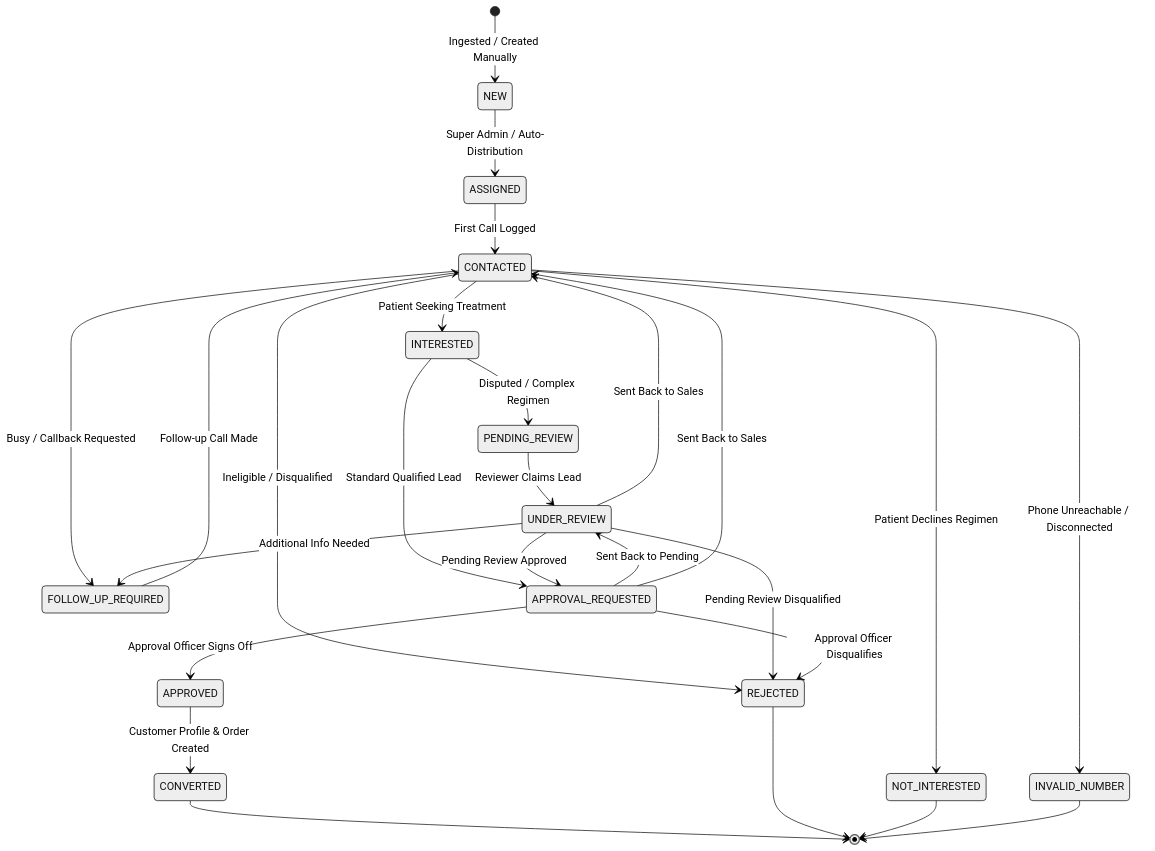
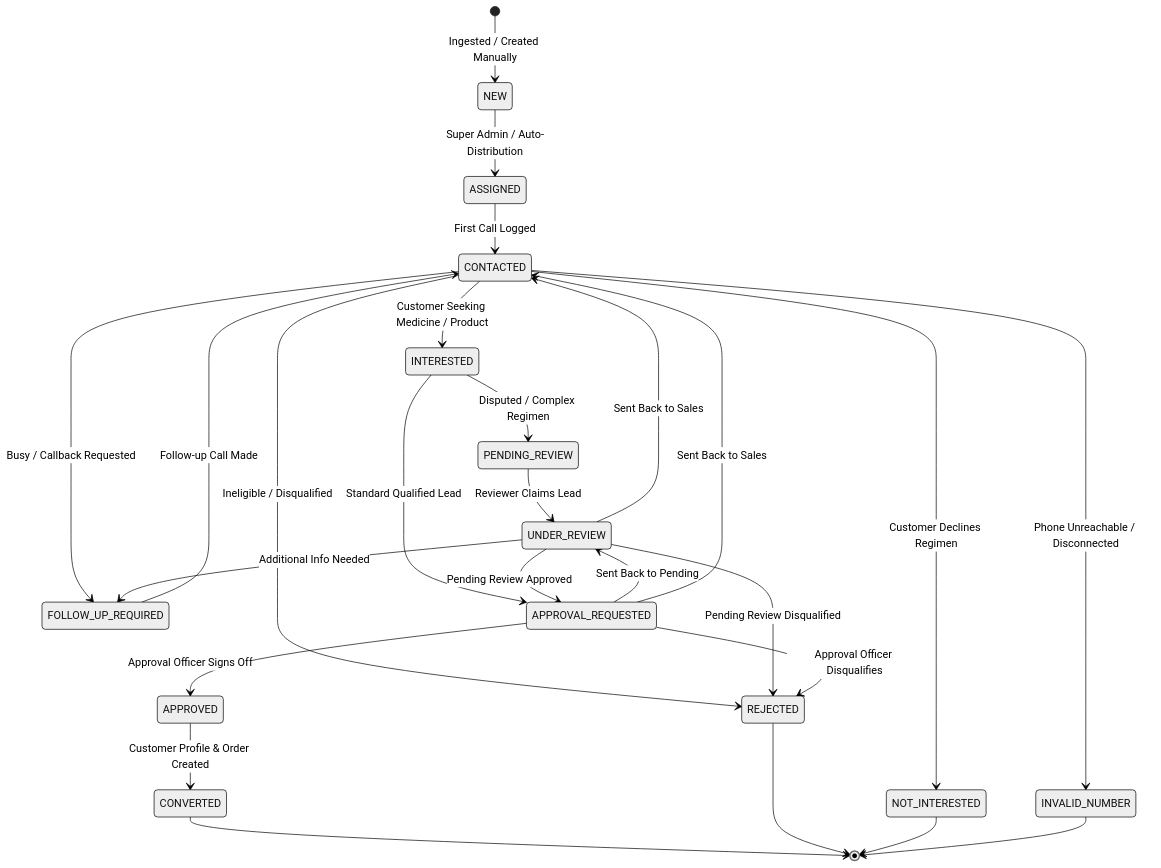
One commit to PARVINDAR77/Mel-ayurveda changed the diagram in docs/03-LEAD-MANAGEMENT/LEAD_LIFECYCLE.md. Above: the diagram before and after it, drawn with Mermaid (neutral theme). The commit also changed other lines of this file and 63 other files, not shown here.

````diff
--- a/docs/03-LEAD-MANAGEMENT/LEAD_LIFECYCLE.md
+++ b/docs/03-LEAD-MANAGEMENT/LEAD_LIFECYCLE.md
@@ -6,35 +6,35 @@
 ```mermaid
 stateDiagram-v2
     [*] --> NEW: Ingested / Created Manually
     NEW --> ASSIGNED: Super Admin / Auto-Distribution
     ASSIGNED --> CONTACTED: First Call Logged
     
     CONTACTED --> FOLLOW_UP_REQUIRED: Busy / Callback Requested
     FOLLOW_UP_REQUIRED --> CONTACTED: Follow-up Call Made
     
-    CONTACTED --> NOT_INTERESTED: Patient Declines Regimen
+    CONTACTED --> NOT_INTERESTED: Customer Declines Regimen
     CONTACTED --> INVALID_NUMBER: Phone Unreachable / Disconnected
     CONTACTED --> REJECTED: Ineligible / Disqualified
     
-    CONTACTED --> INTERESTED: Patient Seeking Treatment
+    CONTACTED --> INTERESTED: Customer Seeking Medicine / Product
     INTERESTED --> PENDING_REVIEW: Disputed / Complex Regimen
     INTERESTED --> APPROVAL_REQUESTED: Standard Qualified Lead
     
     PENDING_REVIEW --> UNDER_REVIEW: Reviewer Claims Lead
     UNDER_REVIEW --> APPROVAL_REQUESTED: Pending Review Approved
     UNDER_REVIEW --> REJECTED: Pending Review Disqualified
     UNDER_REVIEW --> FOLLOW_UP_REQUIRED: Additional Info Needed
     UNDER_REVIEW --> CONTACTED: Sent Back to Sales
     
     APPROVAL_REQUESTED --> APPROVED: Approval Officer Signs Off
     APPROVAL_REQUESTED --> REJECTED: Approval Officer Disqualifies
     APPROVAL_REQUESTED --> UNDER_REVIEW: Sent Back to Pending
     APPROVAL_REQUESTED --> CONTACTED: Sent Back to Sales
     
     APPROVED --> CONVERTED: Customer Profile & Order Created
     CONVERTED --> [*]
     
     REJECTED --> [*]
     NOT_INTERESTED --> [*]
     INVALID_NUMBER --> [*]
 ```
````
